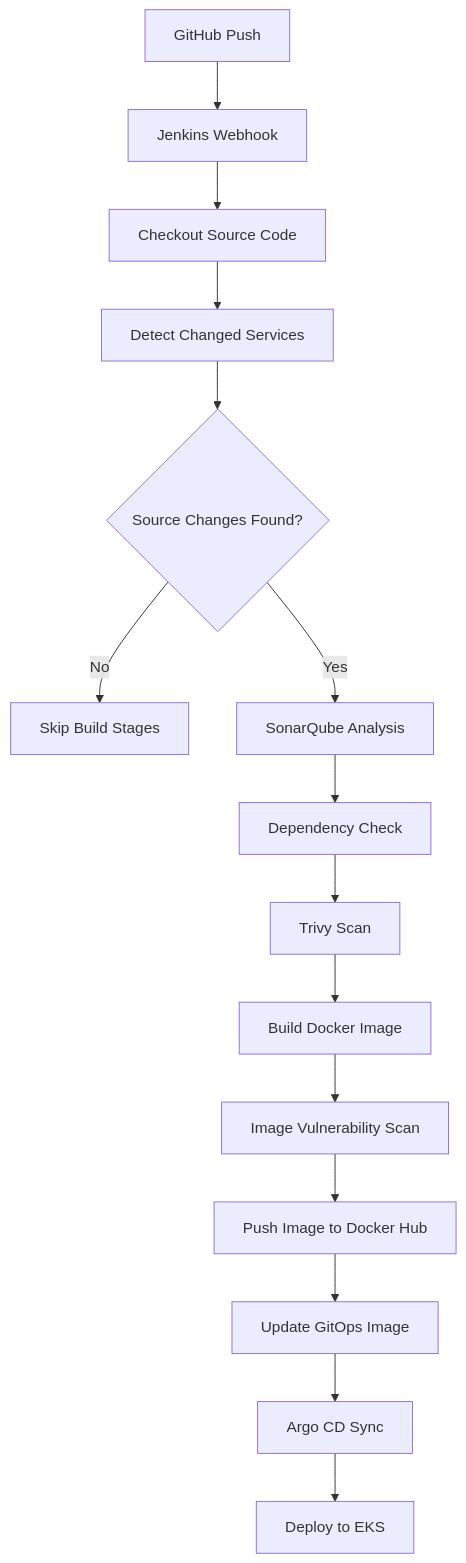
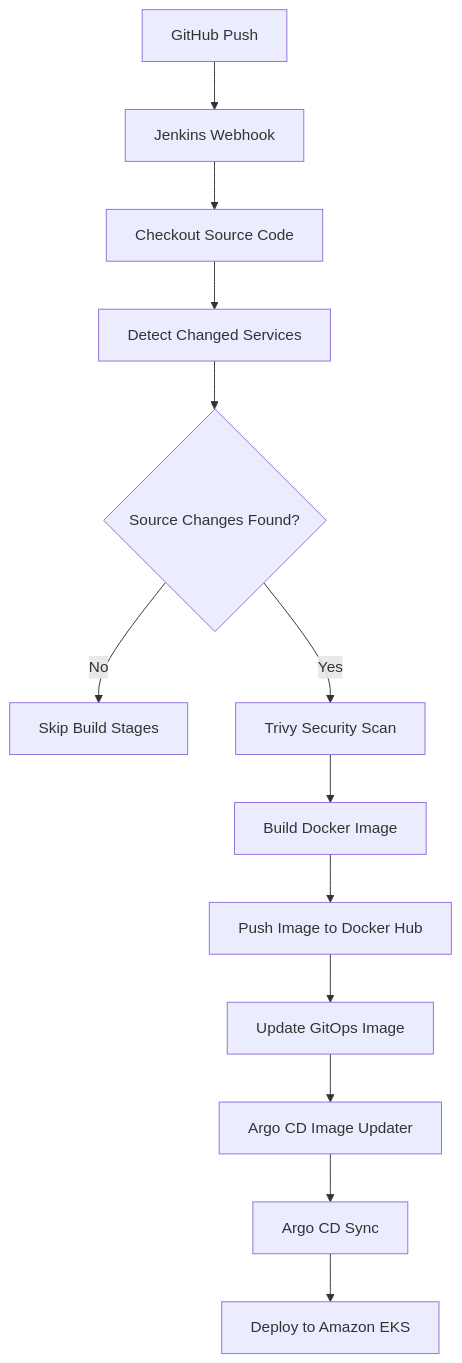
Before and after one commit to avinavvv/AWS-EKS-Based-Microservices-Deployment-GitOps-Automation-Project: the second of 2 diagrams in README.md, drawn with Mermaid. The commit also changed other lines of this file, not shown here.

First line of the commit message:
enhance README with AWS architecture, CI/CD workflow, and project documentatio

````diff
--- a/README.md
+++ b/README.md
@@ -161,17 +161,15 @@
 ```mermaid
 flowchart TD
     A[GitHub Push] --> B[Jenkins Webhook]
     B --> C[Checkout Source Code]
     C --> D[Detect Changed Services]
     D --> E{Source Changes Found?}
     E -->|No| F[Skip Build Stages]
-    E -->|Yes| G[SonarQube Analysis]
-    G --> H[Dependency Check]
-    H --> I[Trivy Scan]
-    I --> J[Build Docker Image]
-    J --> K[Image Vulnerability Scan]
-    K --> L[Push Image to Docker Hub]
-    L --> M[Update GitOps Image]
-    M --> N[Argo CD Sync]
-    N --> O[Deploy to EKS]
+    E -->|Yes| G[Trivy Security Scan]
+    G --> H[Build Docker Image]
+    H --> I[Push Image to Docker Hub]
+    I --> J[Update GitOps Image]
+    J --> K[Argo CD Image Updater]
+    K --> L[Argo CD Sync]
+    L --> M[Deploy to Amazon EKS]
 ```
````
